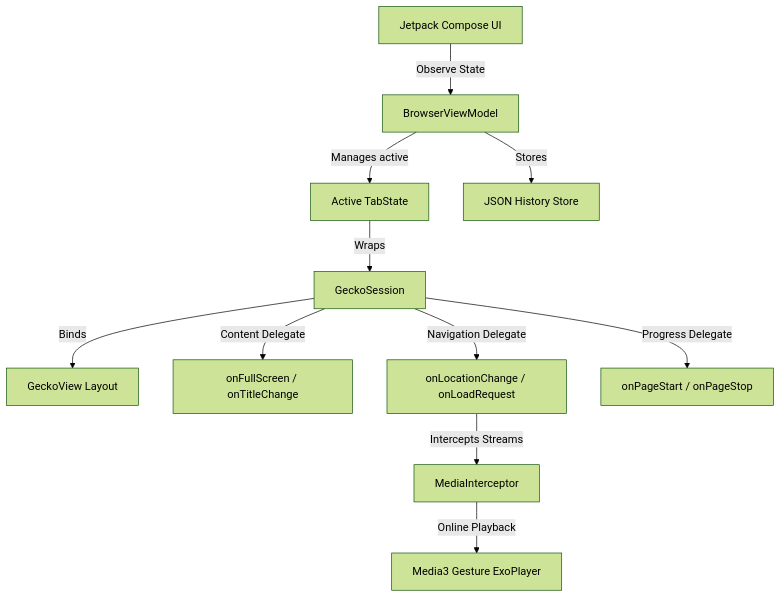
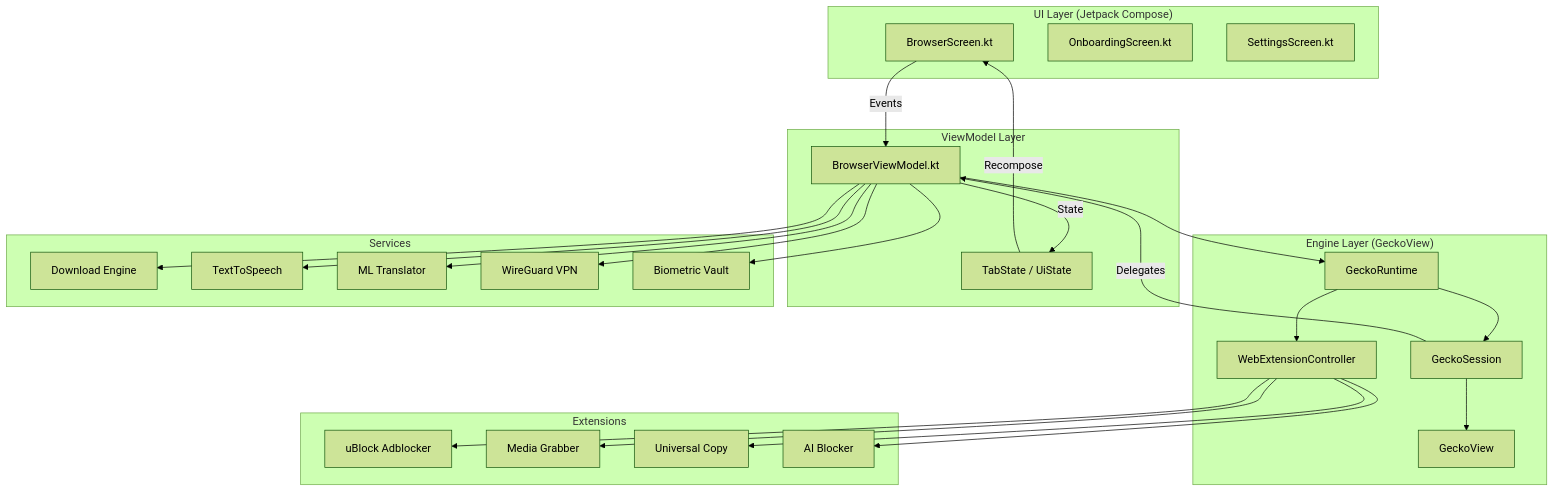
One commit to REBEL-ROOT/omni-browser changed the diagram in README.md. Above: the diagram before and after it, drawn with Mermaid (forest theme). The commit also changed other lines of this file and 5 other files, not shown here.

Commit message:
Docs: complete professional README, CONTRIBUTING, ARCHITECTURE, SECURITY, CHANGELOG, screenshot slots, and roadmap

````diff
--- a/README.md
+++ b/README.md
@@ -55,14 +99,46 @@
 ```mermaid
 graph TD
-    UI[Jetpack Compose UI] -->|Observe State| VM[BrowserViewModel]
-    VM -->|Manages active| Tab[Active TabState]
-    VM -->|Stores| Hist[JSON History Store]
-    Tab -->|Wraps| GS[GeckoSession]
-    GS -->|Binds| GV[GeckoView Layout]
-    GS -->|Content Delegate| CD[onFullScreen / onTitleChange]
-    GS -->|Navigation Delegate| ND[onLocationChange / onLoadRequest]
-    GS -->|Progress Delegate| PD[onPageStart / onPageStop]
-    
-    ND -->|Intercepts Streams| MI[MediaInterceptor]
-    MI -->|Online Playback| MP[Media3 Gesture ExoPlayer]
+    subgraph UI["UI Layer (Jetpack Compose)"]
+        BS[BrowserScreen.kt]
+        OS[OnboardingScreen.kt]
+        SS[SettingsScreen.kt]
+    end
+
+    subgraph VM["ViewModel Layer"]
+        BVM[BrowserViewModel.kt]
+        STATE[TabState / UiState]
+    end
+
+    subgraph Engine["Engine Layer (GeckoView)"]
+        GR[GeckoRuntime]
+        GS[GeckoSession]
+        GV[GeckoView]
+        WEC[WebExtensionController]
+    end
+
+    subgraph Ext["Extensions"]
+        UB[uBlock Adblocker]
+        MG[Media Grabber]
+        UC[Universal Copy]
+        AIB[AI Blocker]
+    end
+
+    subgraph Svc["Services"]
+        DL[Download Engine]
+        TTS[TextToSpeech]
+        TL[ML Translator]
+        VPN[WireGuard VPN]
+        VAULT[Biometric Vault]
+    end
+
+    BS -->|Events| BVM
+    BVM -->|State| STATE
+    STATE -->|Recompose| BS
+    BVM --> GR
+    GR --> GS
+    GS --> GV
+    GR --> WEC
+    WEC --> UB & MG & UC & AIB
+    GS -->|Delegates| BVM
+    BVM --> DL & TTS & TL & VPN & VAULT
 ```
````
